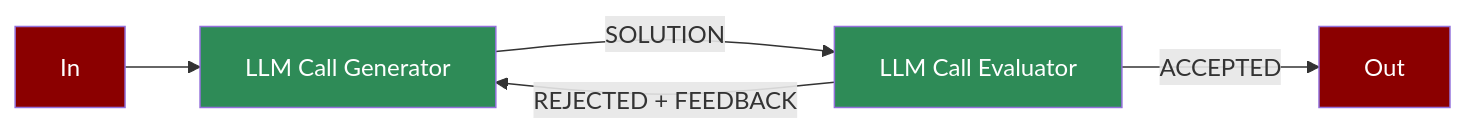
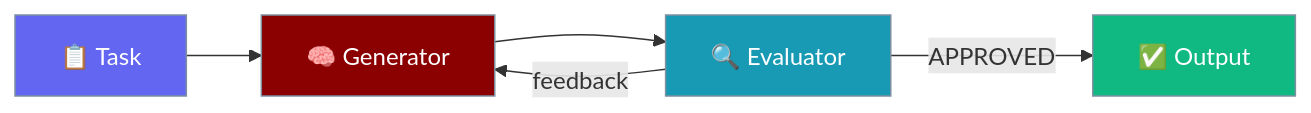
Before and after one commit to MervinPraison/PraisonAIDocs: the first of 2 diagrams in docs/features/evaluator-optimiser.mdx, drawn with Mermaid. The commit also changed other lines of this file and 4 other files, not shown here.

````diff
--- a/docs/features/evaluator-optimiser.mdx
+++ b/docs/features/evaluator-optimiser.mdx
@@ -8,11 +30,17 @@
 ```mermaid
-flowchart LR
-    In[In] --> Generator[LLM Call Generator] 
-    Generator -->|SOLUTION| Evaluator[LLM Call Evaluator] -->|ACCEPTED| Out[Out]
-    Evaluator -->|REJECTED + FEEDBACK| Generator
-    
-    style In fill:#8B0000,color:#fff
-    style Generator fill:#2E8B57,color:#fff
-    style Evaluator fill:#2E8B57,color:#fff
-    style Out fill:#8B0000,color:#fff
+graph LR
+    In[📋 Task] --> Gen[🧠 Generator]
+    Gen --> Eval[🔍 Evaluator]
+    Eval -->|APPROVED| Out[✅ Output]
+    Eval -->|feedback| Gen
+
+    classDef input fill:#6366F1,stroke:#7C90A0,color:#fff
+    classDef agent fill:#8B0000,stroke:#7C90A0,color:#fff
+    classDef process fill:#189AB4,stroke:#7C90A0,color:#fff
+    classDef output fill:#10B981,stroke:#7C90A0,color:#fff
+
+    class In input
+    class Gen,Eval agent
+    class Eval process
+    class Out output
 ```
````
